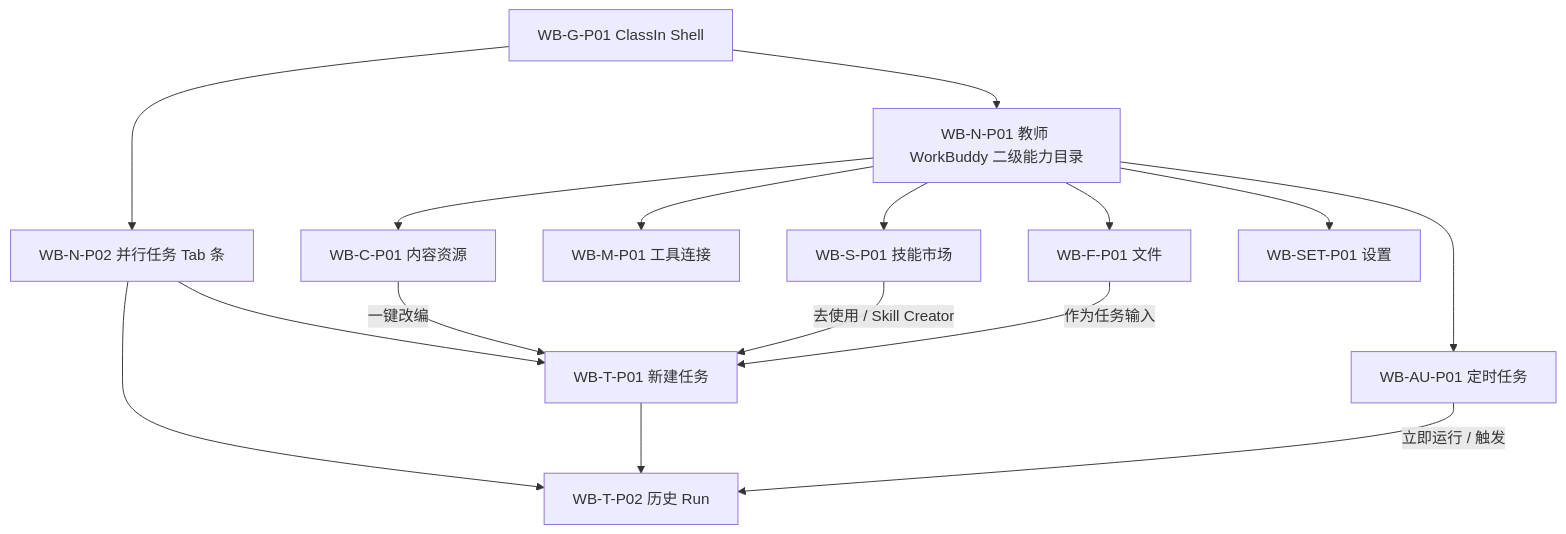
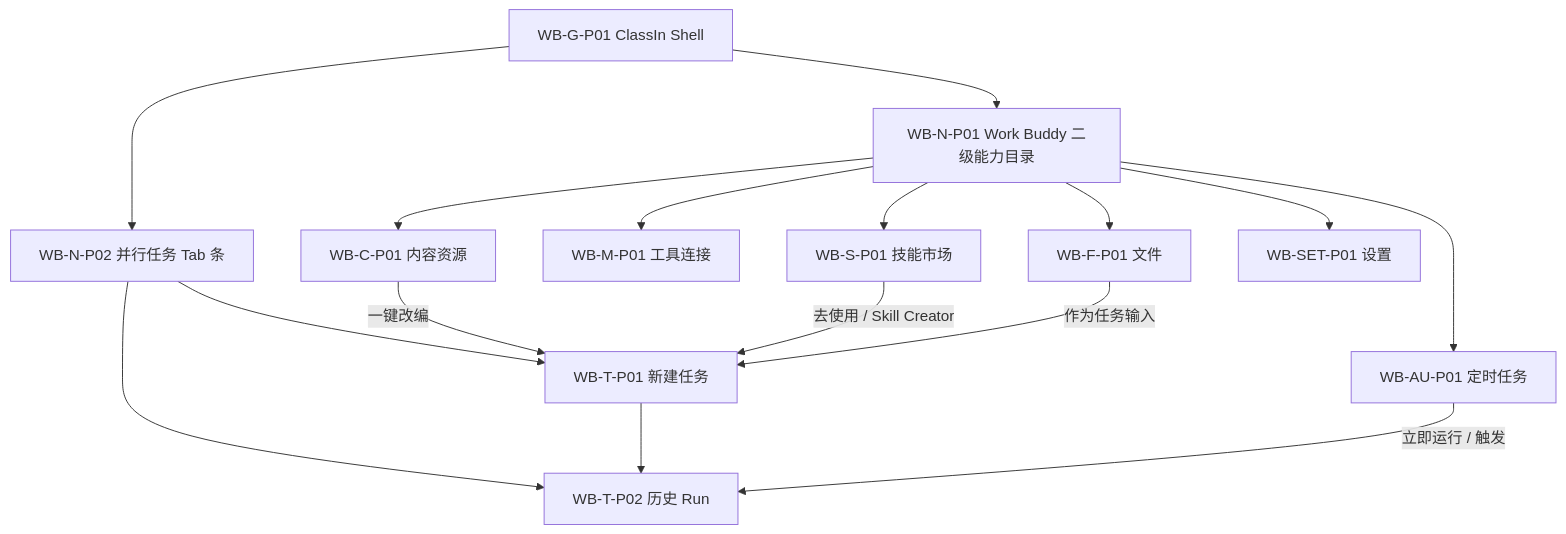
One commit to dynamic39300/classin-ai-buddy changed the first of 2 diagrams in docs/04-specs/features/workbuddy-v1-workspace/PAGE-MAP-AND-NAVIGATION.md. Above: the diagram before and after it, drawn with Mermaid. The commit also changed other lines of this file and 130 other files, not shown here.

````diff
--- a/docs/04-specs/features/workbuddy-v1-workspace/PAGE-MAP-AND-NAVIGATION.md
+++ b/docs/04-specs/features/workbuddy-v1-workspace/PAGE-MAP-AND-NAVIGATION.md
@@ -80,18 +80,18 @@
 ```mermaid
 flowchart TD
-  SH["WB-G-P01 ClassIn Shell"] --> NAV["WB-N-P01 教师 WorkBuddy 二级能力目录"]
+  SH["WB-G-P01 ClassIn Shell"] --> NAV["WB-N-P01 Work Buddy 二级能力目录"]
   SH --> TABS["WB-N-P02 并行任务 Tab 条"]
   TABS --> NEW["WB-T-P01 新建任务"]
   TABS --> RUN["WB-T-P02 历史 Run"]
   NAV --> SK["WB-S-P01 技能市场"]
   NAV --> TL["WB-M-P01 工具连接"]
   NAV --> CT["WB-C-P01 内容资源"]
   NAV --> AU["WB-AU-P01 定时任务"]
   NAV --> FI["WB-F-P01 文件"]
   NAV --> ST["WB-SET-P01 设置"]
   NEW --> RUN
   CT -->|一键改编| NEW
   SK -->|去使用 / Skill Creator| NEW
   AU -->|立即运行 / 触发| RUN
   FI -->|作为任务输入| NEW
 ```
````
